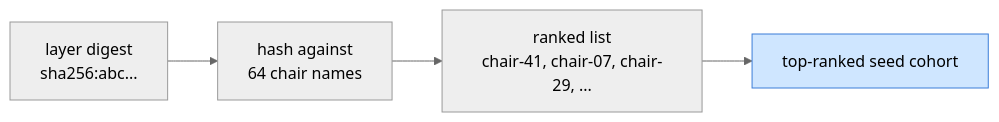
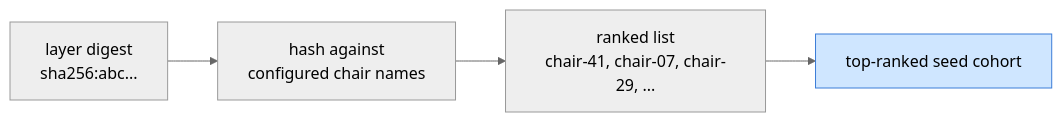
One commit to Azure/unbounded changed the third of 9 diagrams in designs/gantry-cold-pull-explained.md. Above: the diagram before and after it, drawn with Mermaid (neutral theme). The commit also changed other lines of this file and 34 other files, not shown here.

````diff
--- a/designs/gantry-cold-pull-explained.md
+++ b/designs/gantry-cold-pull-explained.md
@@ -106,8 +106,8 @@
 ```mermaid
 flowchart LR
-    D["layer digest<br/>sha256:abc..."] --> H["hash against<br/>64 chair names"]
+    D["layer digest<br/>sha256:abc..."] --> H["hash against<br/>configured chair names"]
     H --> RK["ranked list<br/>chair-41, chair-07, chair-29, ..."]
     RK --> T["top-ranked seed cohort"]
 
     style T fill:#cfe6ff,stroke:#3b7dd8
 ```
````
